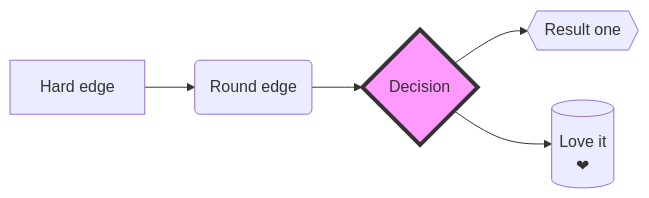
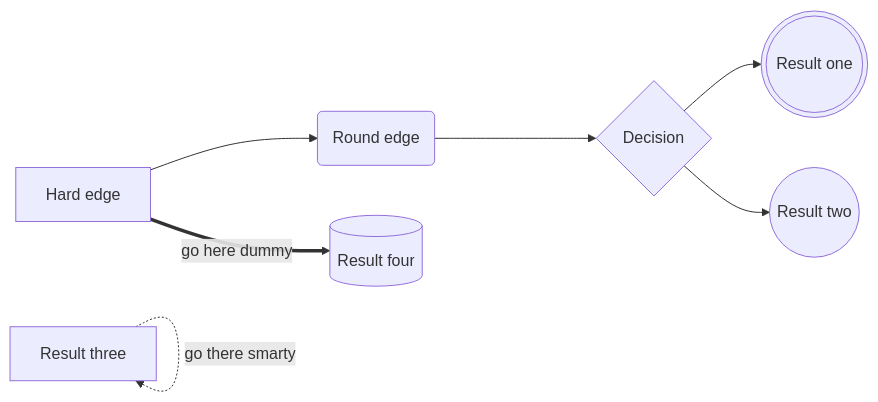
The first of 7 diagrams in 7_23_24.qmd (jtkulas/LiveStreams), drawn with Mermaid before and after one commit. The commit also changed other lines of this file and 24 other files, not shown here.

Commit message:
diagrams

````diff
--- a/7_23_24.qmd
+++ b/7_23_24.qmd
@@ -73,16 +59,23 @@
 ```{mermaid}
-%%| echo: true
+%%|echo: true
+%%|warning: false
+%%|include: true
+%%|label: fig-diagram
+%%|fig-cap: better than semPlot
 %%| output-location: column-fragment
-%%| classes: custom7030
-
-%% Mermaid:
+%%| classes: custom6040
 
 flowchart LR
-  A[Hard edge] --> B(Round edge)                                       
-  B --> C{Decision}                                                    
-  C --> D{{Result one}}
-  C --> E[("Love it <br/> #10084;")]
-
-  style C fill:#f9f,stroke:#333,stroke-width:4px
+  A[Hard edge] --> B(Round edge)
+  B --> C{Decision}
+  C --> D(((Result one)))
+  C --> E((Result two))
+  F -. go there smarty .-> F[Result three]
+  A == go here dummy ==> G[(Result four)]
+  
+  
+  
+  
+  
 
 ```
````
